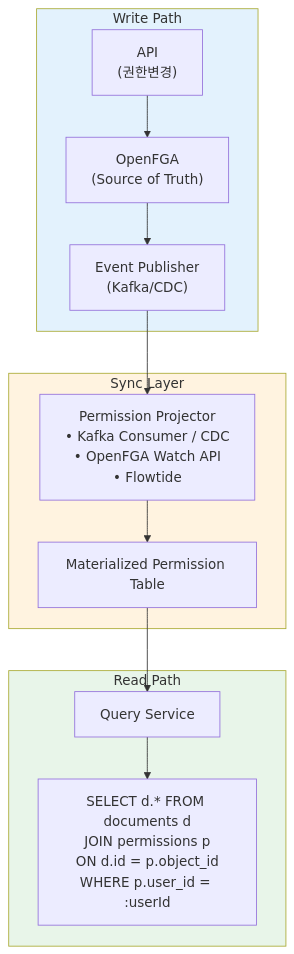
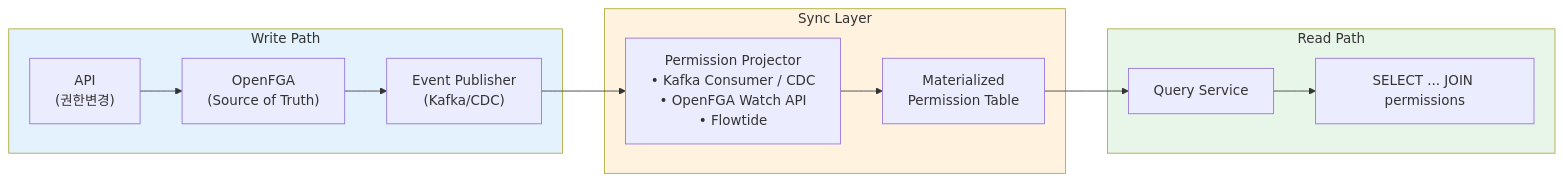
Before and after one commit to Gyeom/dev-notes: the first of 3 diagrams in content/posts/2025-03-05-rebac-pagination-strategy-guide.md, drawn with Mermaid. The commit also changed other lines of this file and 1 other file, not shown here.

First line of the commit message:
Improve: 아키텍처 다이어그램을 LR 방향으로 변경

````diff
--- a/content/posts/2025-03-05-rebac-pagination-strategy-guide.md
+++ b/content/posts/2025-03-05-rebac-pagination-strategy-guide.md
@@ -259,24 +259,24 @@
 ```mermaid
-flowchart TB
+flowchart LR
     subgraph Write ["Write Path"]
         API["API<br/>(권한변경)"] --> OpenFGA["OpenFGA<br/>(Source of Truth)"]
         OpenFGA --> Publisher["Event Publisher<br/>(Kafka/CDC)"]
     end
 
     Publisher --> Projector
 
     subgraph Sync ["Sync Layer"]
         Projector["Permission Projector<br/>• Kafka Consumer / CDC<br/>• OpenFGA Watch API<br/>• Flowtide"]
-        Projector --> Table["Materialized Permission Table"]
+        Projector --> Table["Materialized<br/>Permission Table"]
     end
 
     Table --> QS
 
     subgraph Read ["Read Path"]
-        QS["Query Service"] --> SQL["SELECT d.* FROM documents d<br/>JOIN permissions p<br/>ON d.id = p.object_id<br/>WHERE p.user_id = :userId"]
+        QS["Query Service"] --> SQL["SELECT ... JOIN permissions"]
     end
 
     style Write fill:#e3f2fd
     style Sync fill:#fff3e0
     style Read fill:#e8f5e9
 ```
````
